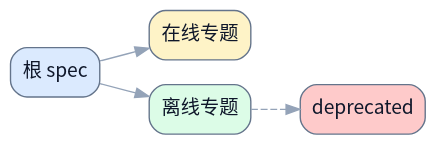
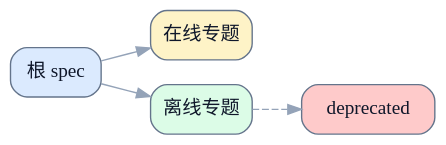
One commit to terencefan/inority-workspace changed the diagram in skills/write-doc/modes/spec/templates/spec-overview-readme-template.md. Above: the diagram before and after it, drawn with Graphviz. The commit also changed 35 other files, not shown here.

````diff
--- a/skills/write-doc/modes/spec/templates/spec-overview-readme-template.md
+++ b/skills/write-doc/modes/spec/templates/spec-overview-readme-template.md
@@ -48,17 +48,17 @@
 ```dot
 digraph ReadingOrder {
   rankdir=LR;
-  graph [bgcolor="transparent", fontname="Noto Sans CJK SC"];
-  node [fontname="Noto Sans CJK SC", shape=box, style="rounded,filled", color="#64748b", fontcolor="#0f172a", fillcolor="#f8fafc"];
-  edge [fontname="Noto Sans CJK SC", color="#94a3b8", fontcolor="#94a3b8"];
+  graph [bgcolor="transparent"];
+  node [shape=box, style="rounded,filled", color="#64748b", fontcolor="#0f172a", fillcolor="#f8fafc"];
+  edge [color="#94a3b8", fontcolor="#94a3b8"];
 
   root [label="根 spec", fillcolor="#dbeafe"];
   online [label="在线专题", fillcolor="#fef3c7"];
   offline [label="离线专题", fillcolor="#dcfce7"];
   deprecated [label="deprecated", fillcolor="#fecaca"];
 
   root -> online;
   root -> offline;
   offline -> deprecated [style=dashed];
 }
 ```
````
